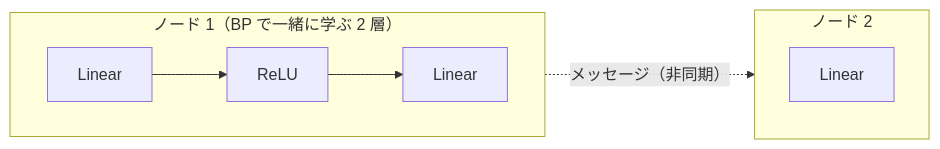
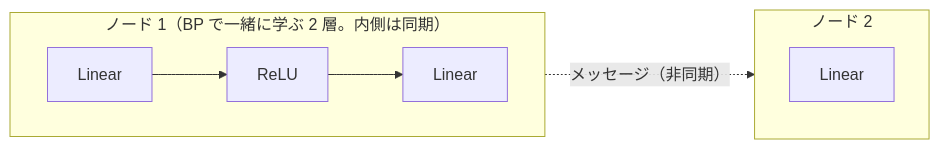
One commit to Geson-anko/mujou changed the third of 5 diagrams in docs/ja/concepts.md. Above: the diagram before and after it, drawn with Mermaid. The commit also changed other lines of this file and 49 other files, not shown here.

````diff
--- a/docs/ja/concepts.md
+++ b/docs/ja/concepts.md
@@ -115,11 +71,11 @@
 ```mermaid
 flowchart LR
-    subgraph N1["ノード 1（BP で一緒に学ぶ 2 層）"]
+    subgraph N1["ノード 1（BP で一緒に学ぶ 2 層。内側は同期）"]
         direction LR
         L1["Linear"] --> R["ReLU"] --> L2["Linear"]
     end
     subgraph N2["ノード 2"]
         L3["Linear"]
     end
     N1 -. "メッセージ（非同期）" .-> N2
 ```
````
